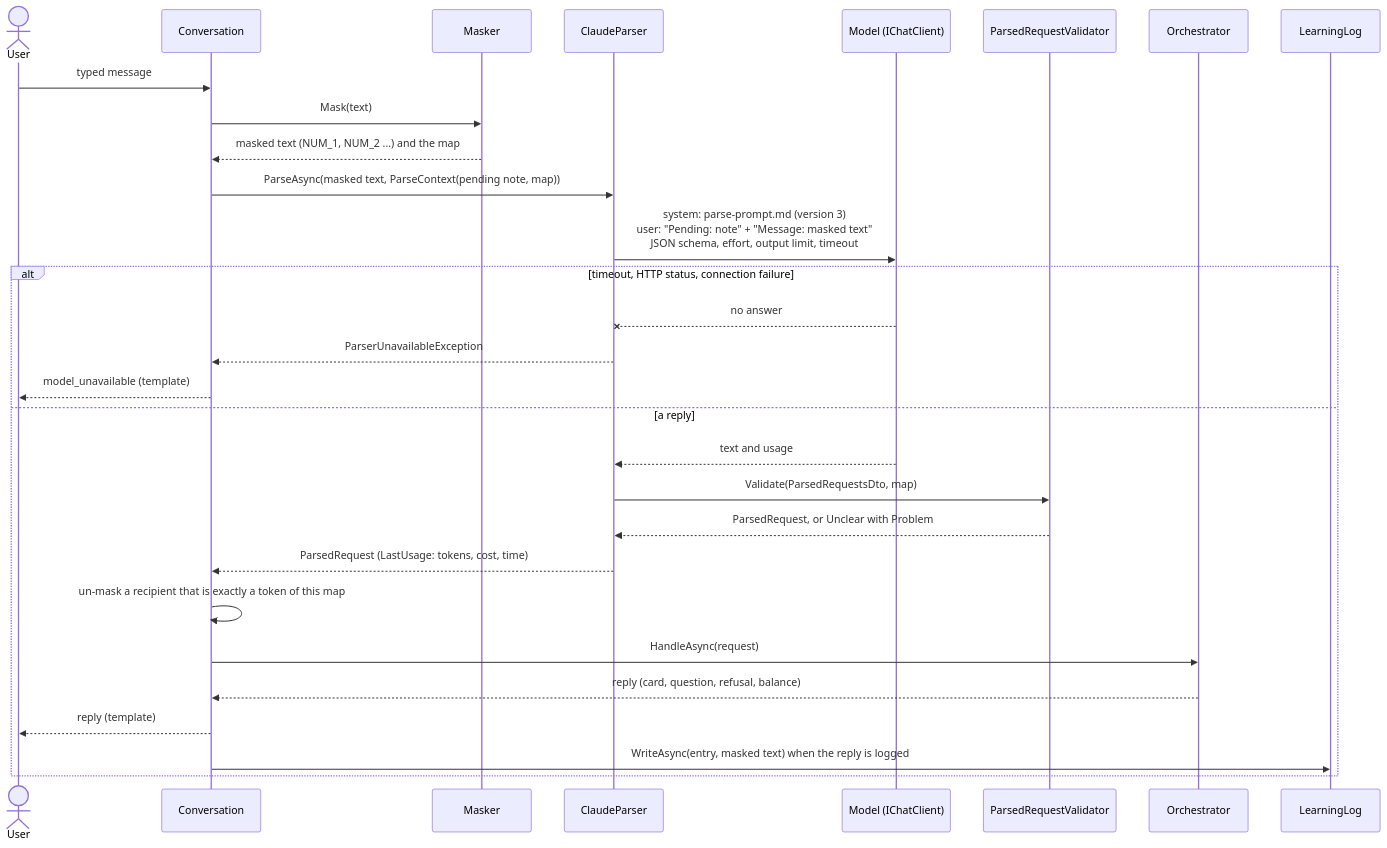
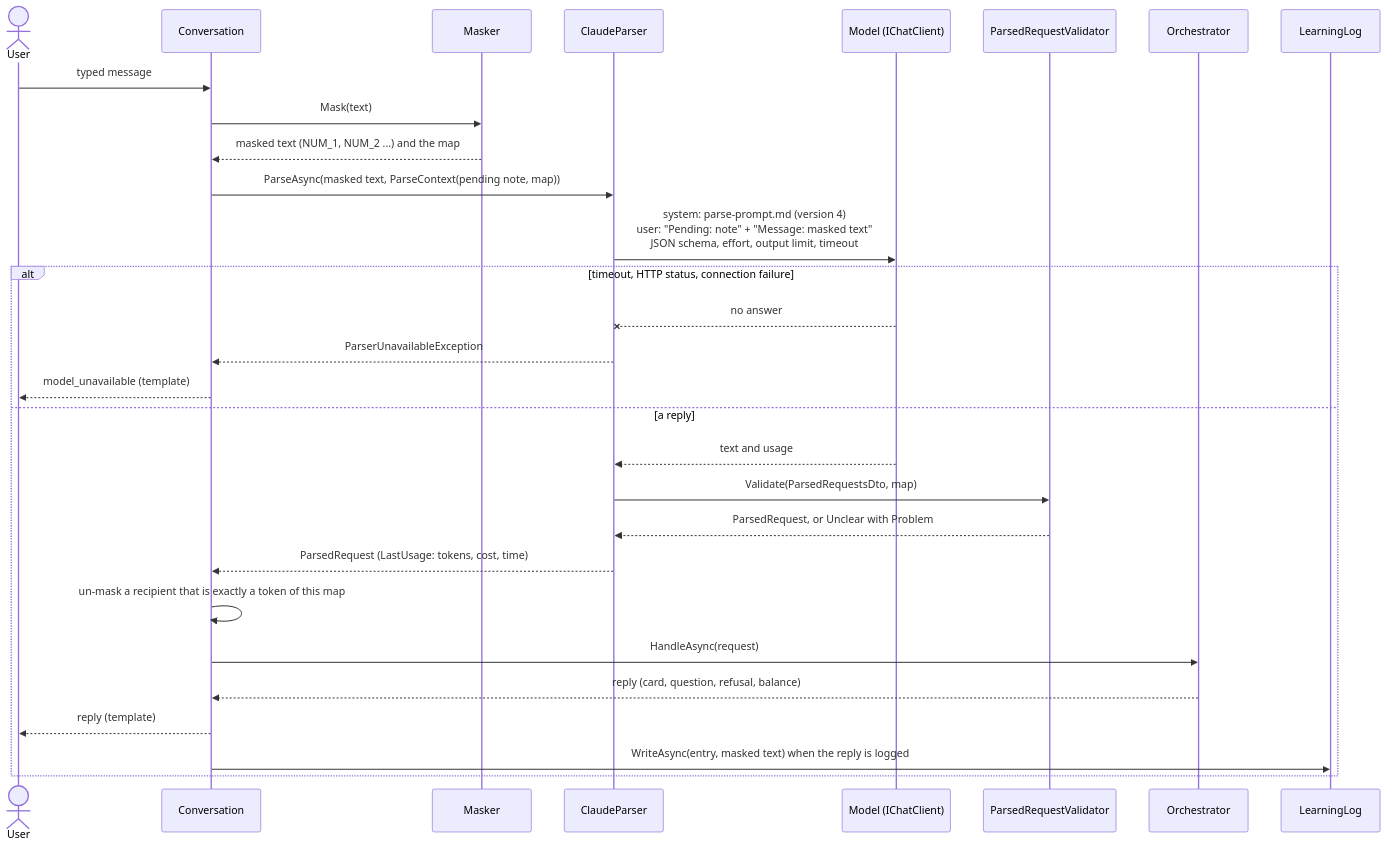
One commit to Khalil-Alhadidi/Naqoli changed the first of 2 diagrams in docs/agent-model.md. Above: the diagram before and after it, drawn with Mermaid. The commit also changed other lines of this file and 26 other files, not shown here.

Commit message:
feat(agent): receive_from, the direction of a transfer (Khalil, 16 Oct 2026): prompt v4, schema v3, Unsupported_receive_from, seed-v4, ADD-08 and ADD-09; the oracle rerun (81 cases, 72 passed, red team 9 of 9)

````diff
--- a/docs/agent-model.md
+++ b/docs/agent-model.md
@@ -7,32 +7,32 @@
 ```mermaid
 sequenceDiagram
     actor U as User
     participant C as Conversation
     participant M as Masker
     participant P as ClaudeParser
     participant L as Model (IChatClient)
     participant V as ParsedRequestValidator
     participant O as Orchestrator
     participant G as LearningLog
 
     U->>C: typed message
     C->>M: Mask(text)
     M-->>C: masked text (NUM_1, NUM_2 ...) and the map
     C->>P: ParseAsync(masked text, ParseContext(pending note, map))
-    P->>L: system: parse-prompt.md (version 3)<br/>user: "Pending: note" + "Message: masked text"<br/>JSON schema, effort, output limit, timeout
+    P->>L: system: parse-prompt.md (version 4)<br/>user: "Pending: note" + "Message: masked text"<br/>JSON schema, effort, output limit, timeout
     alt timeout, HTTP status, connection failure
         L--xP: no answer
         P-->>C: ParserUnavailableException
         C-->>U: model_unavailable (template)
     else a reply
         L-->>P: text and usage
         P->>V: Validate(ParsedRequestsDto, map)
         V-->>P: ParsedRequest, or Unclear with Problem
         P-->>C: ParsedRequest (LastUsage: tokens, cost, time)
         C->>C: un-mask a recipient that is exactly a token of this map
         C->>O: HandleAsync(request)
         O-->>C: reply (card, question, refusal, balance)
         C-->>U: reply (template)
         C->>G: WriteAsync(entry, masked text) when the reply is logged
     end
 ```
````
